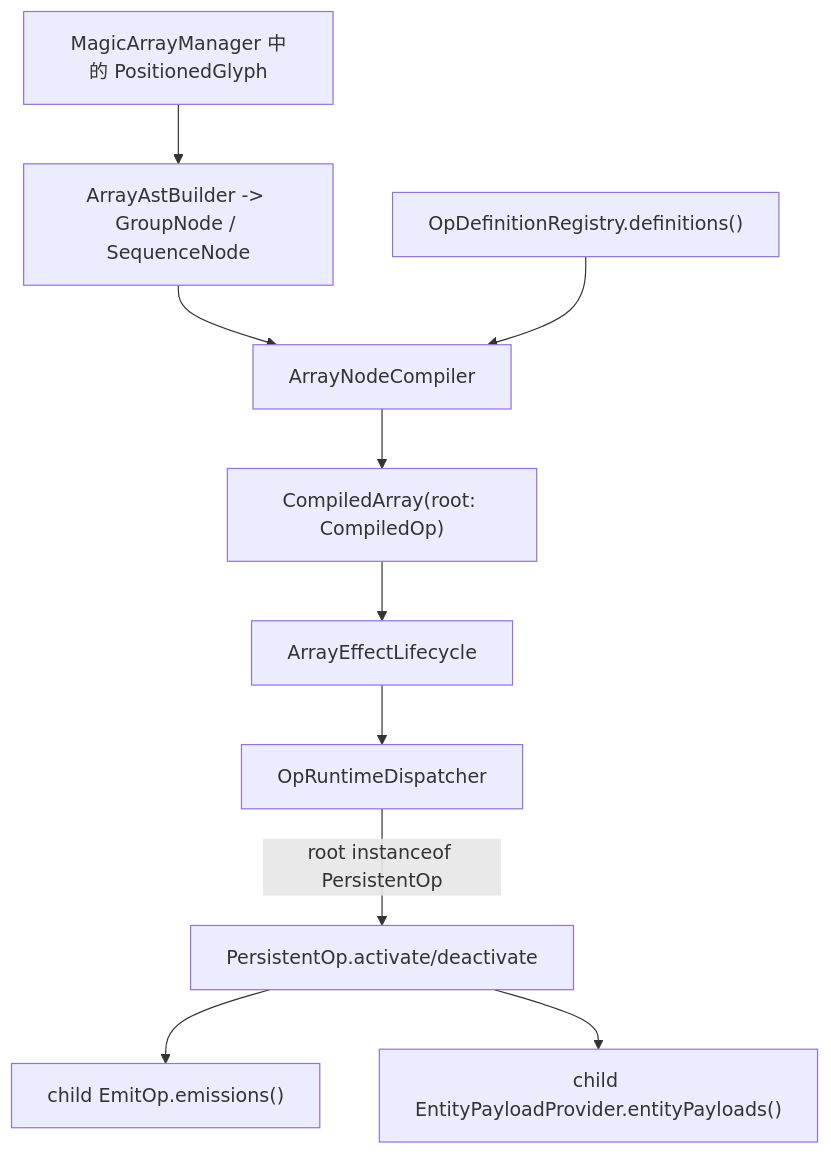
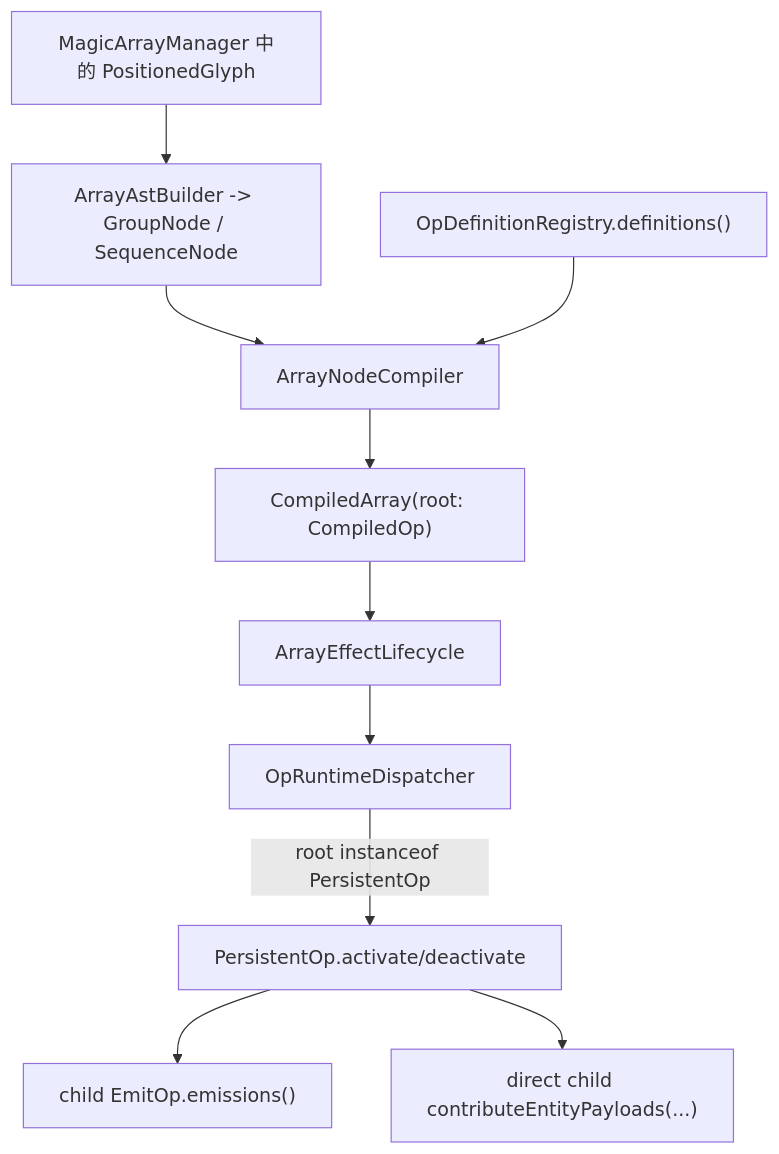
Before and after one commit to Steve10086/gyromancy: the diagram in operator.md, drawn with Mermaid. The commit also changed other lines of this file and 10 other files, not shown here.

````diff
--- a/operator.md
+++ b/operator.md
@@ -14,23 +14,23 @@
 ```mermaid
 flowchart TD
     Glyphs["MagicArrayManager 中的 PositionedGlyph"]
     Ast["ArrayAstBuilder -> GroupNode / SequenceNode"]
     Compile["ArrayNodeCompiler"]
     Defs["OpDefinitionRegistry.definitions()"]
     Root["CompiledArray(root: CompiledOp)"]
     Lifecycle["ArrayEffectLifecycle"]
     Dispatcher["OpRuntimeDispatcher"]
     Persistent["PersistentOp.activate/deactivate"]
     ChildEmit["child EmitOp.emissions()"]
-    ChildPayload["child EntityPayloadProvider.entityPayloads()"]
+    ChildPayload["direct child contributeEntityPayloads(...)"]
 
     Glyphs --> Ast
     Ast --> Compile
     Defs --> Compile
     Compile --> Root
     Root --> Lifecycle
     Lifecycle --> Dispatcher
     Dispatcher -->|"root instanceof PersistentOp"| Persistent
     Persistent --> ChildEmit
     Persistent --> ChildPayload
 ```
````
